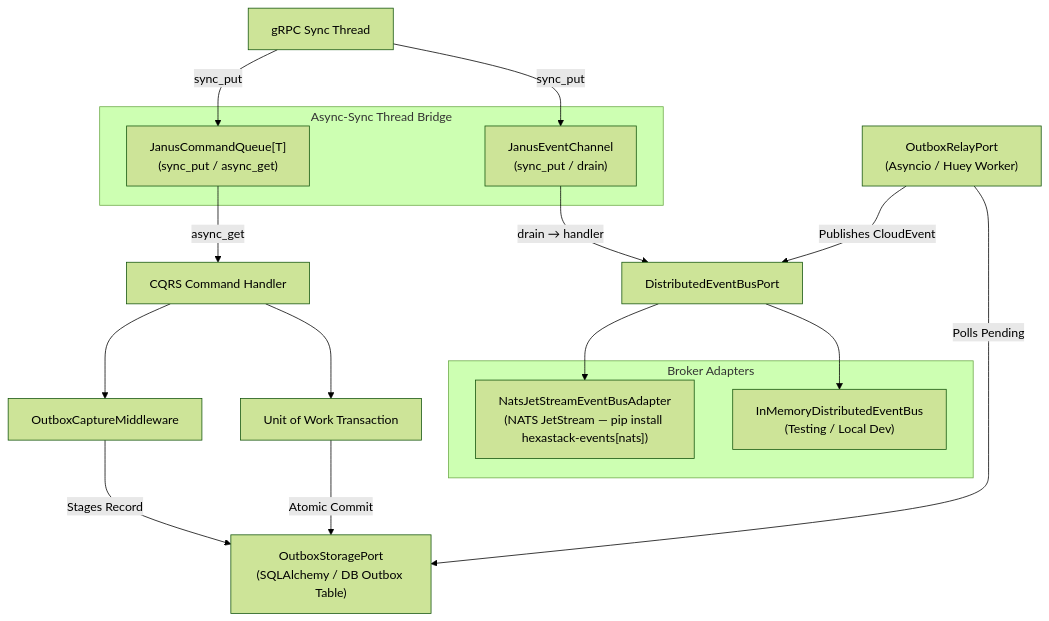
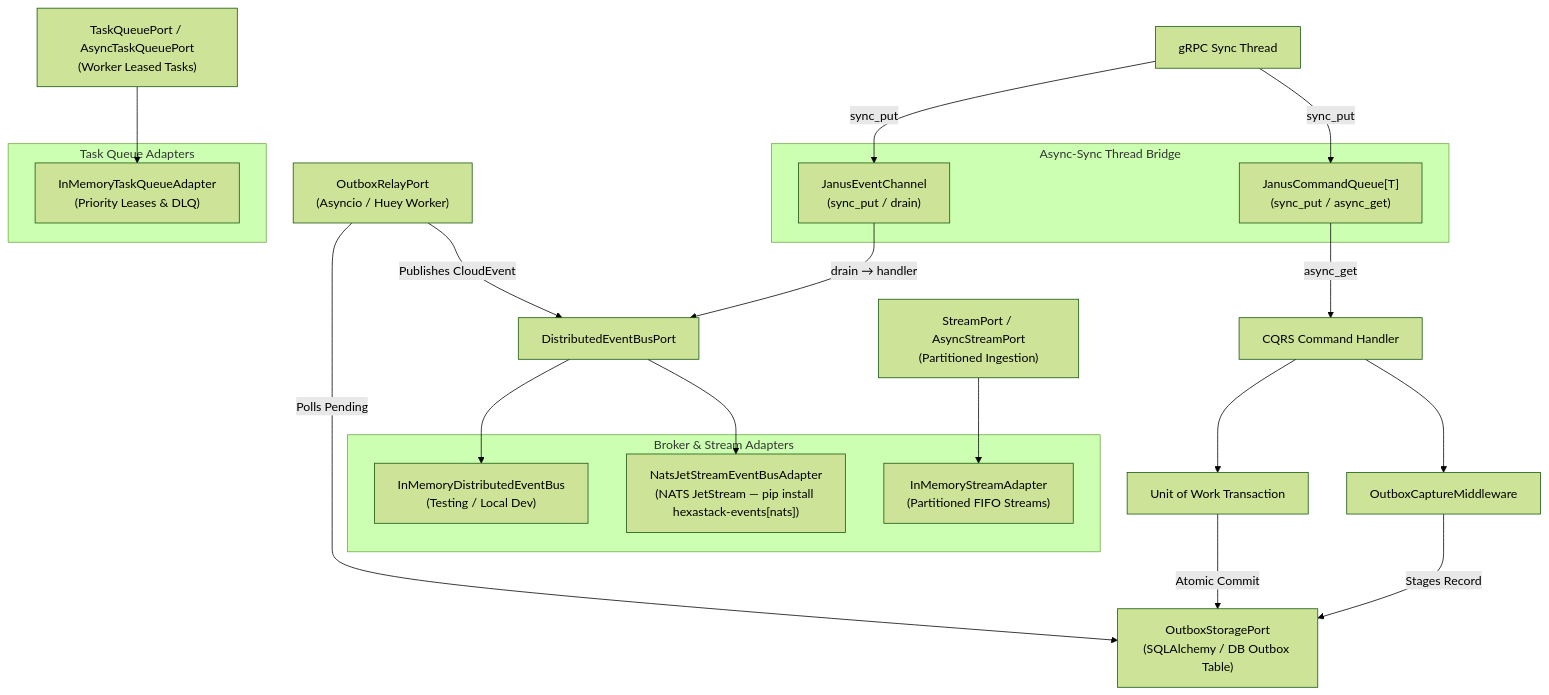
The first of 2 diagrams in packages/hexastack_events/README.md (TheTrueSCU/hexastack), drawn with Mermaid (forest theme) before and after one commit. The commit also changed other lines of this file and 19 other files, not shown here.

First line of the commit message:
feat(events): partitioned stream and worker-leased task queue primitives (Issue #74) (#108)

````diff
--- a/packages/hexastack_events/README.md
+++ b/packages/hexastack_events/README.md
@@ -31,33 +33,43 @@
 ```mermaid
 graph TD
     CMD["CQRS Command Handler"]
     UOW["Unit of Work Transaction"]
     OUTBOX_MW["OutboxCaptureMiddleware"]
     OUTBOX_STORE["OutboxStoragePort\n(SQLAlchemy / DB Outbox Table)"]
     RELAY["OutboxRelayPort\n(Asyncio / Huey Worker)"]
     BUS["DistributedEventBusPort"]
+    STREAM["StreamPort / AsyncStreamPort\n(Partitioned Ingestion)"]
+    TASKS["TaskQueuePort / AsyncTaskQueuePort\n(Worker Leased Tasks)"]
 
-    subgraph Brokers["Broker Adapters"]
+    subgraph Brokers["Broker & Stream Adapters"]
         INMEM["InMemoryDistributedEventBus\n(Testing / Local Dev)"]
         NATS["NatsJetStreamEventBusAdapter\n(NATS JetStream — pip install hexastack-events[nats])"]
+        STREAM_INMEM["InMemoryStreamAdapter\n(Partitioned FIFO Streams)"]
+    end
+
+    subgraph TaskQueues["Task Queue Adapters"]
+        TASK_INMEM["InMemoryTaskQueueAdapter\n(Priority Leases & DLQ)"]
     end
 
     subgraph ThreadBridge["Async-Sync Thread Bridge"]
         JANUS_EV["JanusEventChannel\n(sync_put / drain)"]
         JANUS_CMD["JanusCommandQueue[T]\n(sync_put / async_get)"]
     end
 
     CMD --> UOW
     CMD --> OUTBOX_MW
     OUTBOX_MW -->|Stages Record| OUTBOX_STORE
     UOW -->|Atomic Commit| OUTBOX_STORE
     RELAY -->|Polls Pending| OUTBOX_STORE
     RELAY -->|Publishes CloudEvent| BUS
     BUS --> INMEM
     BUS --> NATS
 
+    STREAM --> STREAM_INMEM
+    TASKS --> TASK_INMEM
+
     GRPC["gRPC Sync Thread"] -->|sync_put| JANUS_EV
     JANUS_EV -->|drain → handler| BUS
     GRPC -->|sync_put| JANUS_CMD
     JANUS_CMD -->|async_get| CMD
 ```
````
